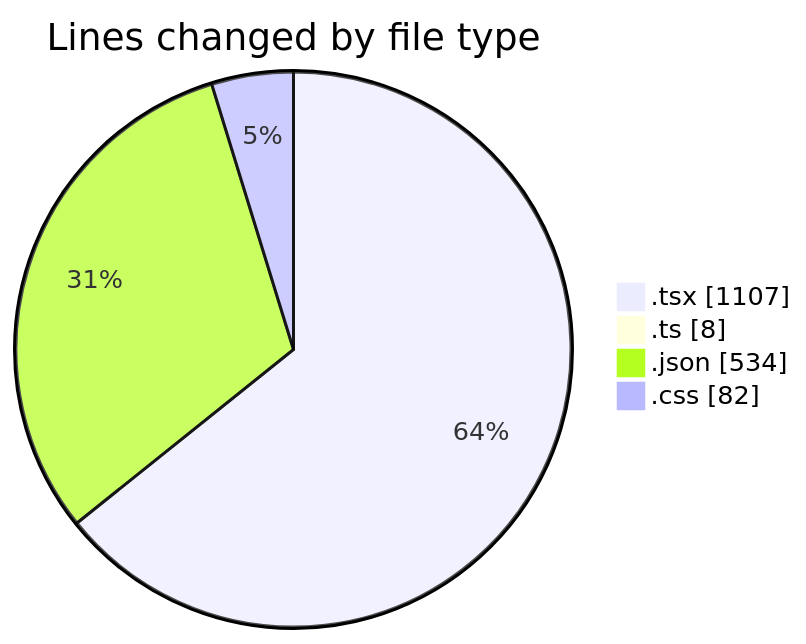
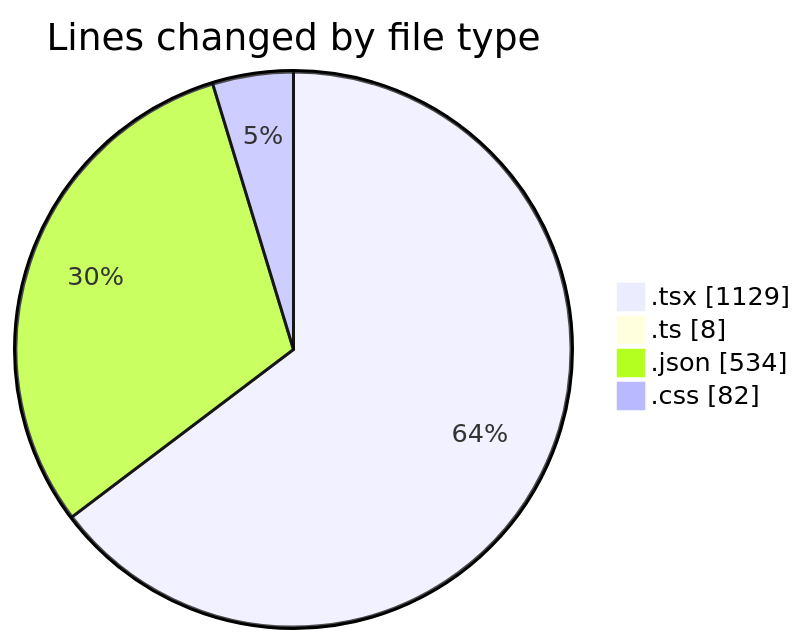
Before and after one commit to EIIisD/code-tracking: the first of 2 diagrams in 2025-08-02/tw-server/README.md, drawn with Mermaid. The commit also changed other lines of this file and 1 other file, not shown here.

````diff
--- a/2025-08-02/tw-server/README.md
+++ b/2025-08-02/tw-server/README.md
@@ -25,8 +25,8 @@
 ```mermaid
 pie showData
 title Lines changed by file type
-".tsx" : 1107
+".tsx" : 1129
 ".ts" : 8
 ".json" : 534
 ".css" : 82
 ```
````
